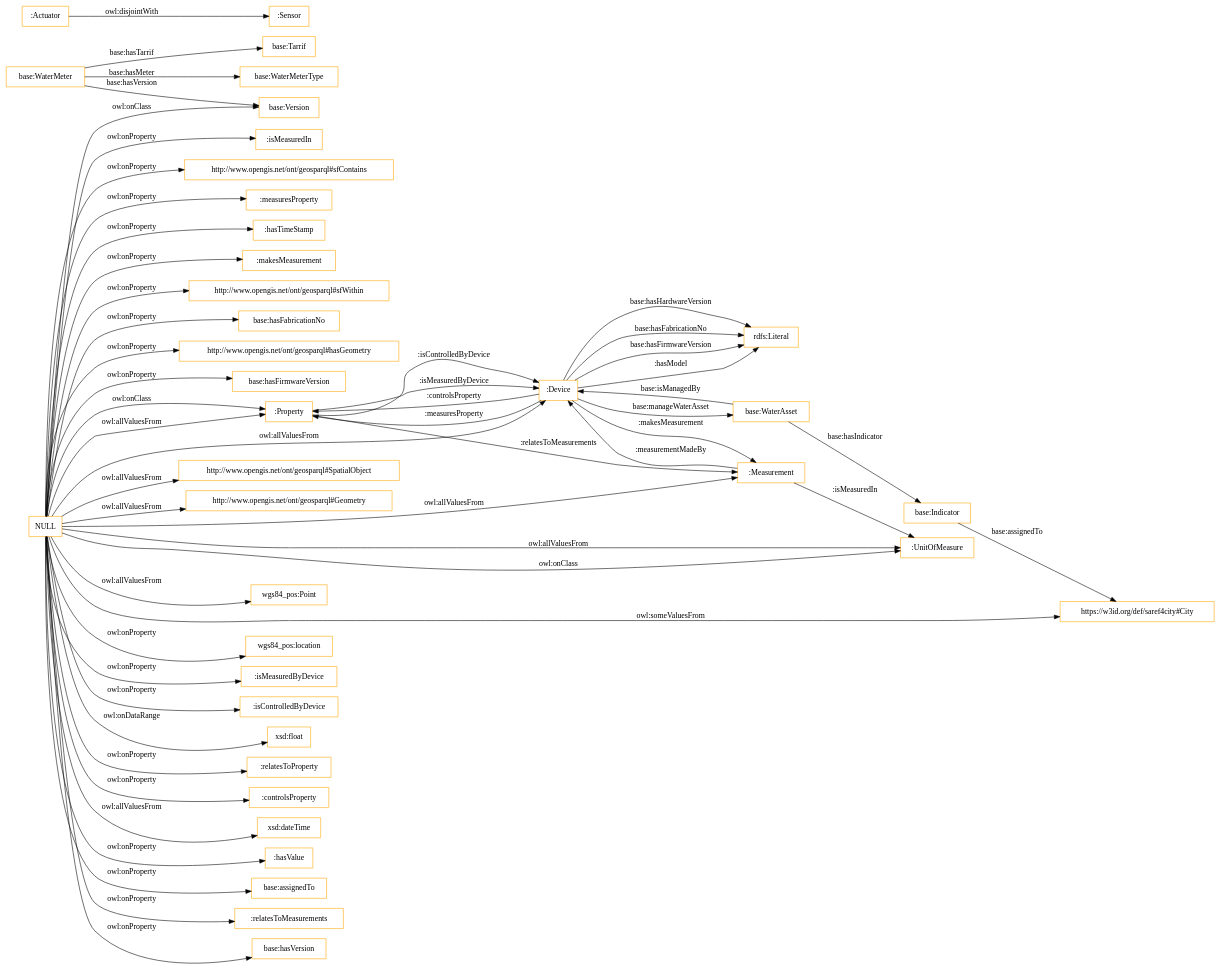
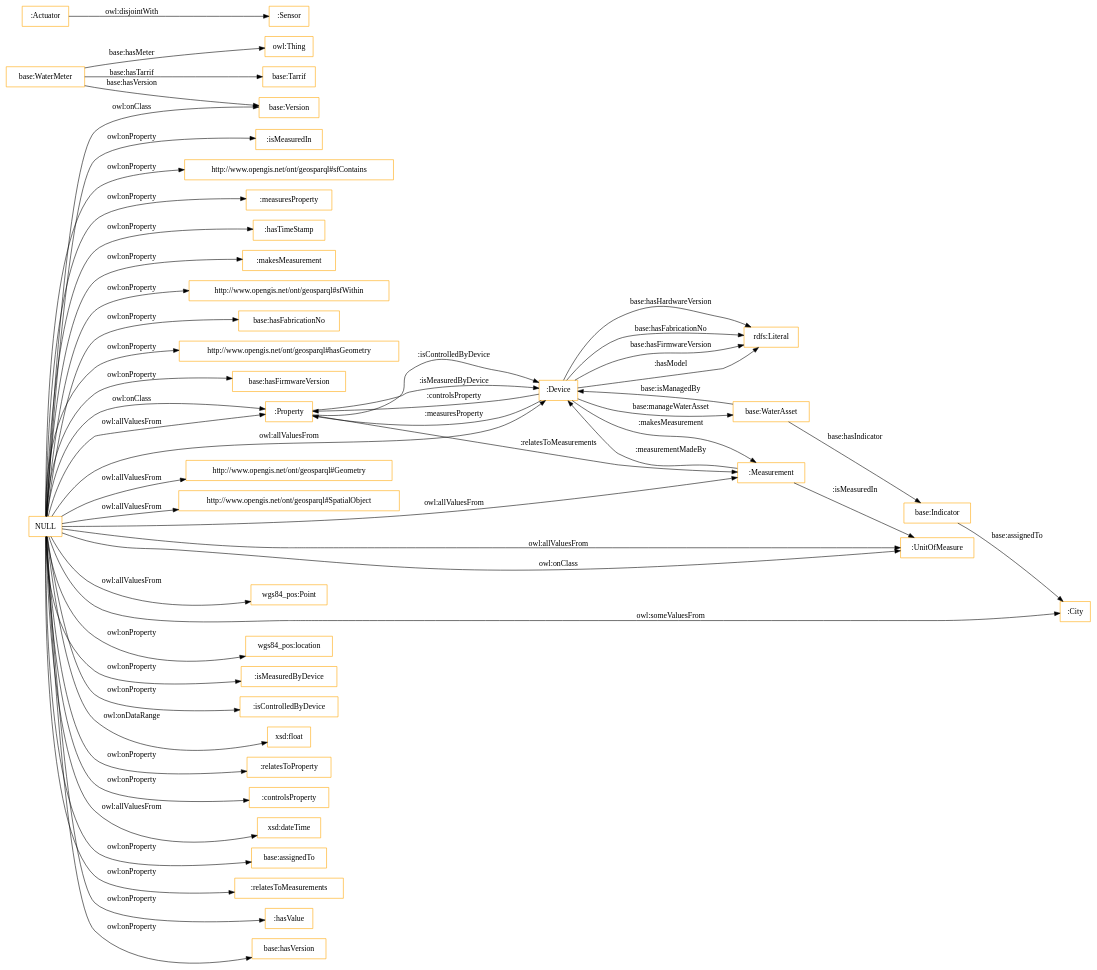
The diagram in OnToology/S4Water.owl/diagrams/ar2dtool-class/S4Water.owl.png.dot (tiwari2019/S4WATR-1), drawn with Graphviz before and after one commit. The commit also changed 13 other files, not shown here.

```diff
--- a/OnToology/S4Water.owl/diagrams/ar2dtool-class/S4Water.owl.png.dot
+++ b/OnToology/S4Water.owl/diagrams/ar2dtool-class/S4Water.owl.png.dot
@@ -1,57 +1,57 @@
 digraph ar2dtool_diagram { 
 rankdir=LR;
 size="1501"
-node [shape = rectangle, color="orange"]; "base:Version" ":Property" "base:WaterMeterType" "base:WaterAsset" ":Sensor" "base:WaterMeter" ":Device" "base:Indicator" "http://www.opengis.net/ont/geosparql#SpatialObject" "http://www.opengis.net/ont/geosparql#Geometry" ":UnitOfMeasure" "https://w3id.org/def/saref4city#City" "base:Tarrif" "wgs84_pos:Point" ":Measurement" ":Actuator" ; /*classes style*/
+node [shape = rectangle, color="orange"]; "base:Version" ":Property" "base:WaterAsset" ":Sensor" "base:WaterMeter" ":Device" "base:Indicator" "http://www.opengis.net/ont/geosparql#Geometry" "http://www.opengis.net/ont/geosparql#SpatialObject" ":UnitOfMeasure" ":City" "base:Tarrif" "wgs84_pos:Point" ":Measurement" ":Actuator" ; /*classes style*/
 	"NULL" -> "wgs84_pos:location" [ label = "owl:onProperty" ];
 	"NULL" -> "wgs84_pos:Point" [ label = "owl:allValuesFrom" ];
 	"NULL" -> ":isMeasuredByDevice" [ label = "owl:onProperty" ];
 	"NULL" -> ":isControlledByDevice" [ label = "owl:onProperty" ];
 	"NULL" -> ":Measurement" [ label = "owl:allValuesFrom" ];
 	"NULL" -> "xsd:float" [ label = "owl:onDataRange" ];
 	"NULL" -> "http://www.opengis.net/ont/geosparql#Geometry" [ label = "owl:allValuesFrom" ];
 	"NULL" -> ":relatesToProperty" [ label = "owl:onProperty" ];
 	"NULL" -> ":controlsProperty" [ label = "owl:onProperty" ];
-	"NULL" -> "https://w3id.org/def/saref4city#City" [ label = "owl:someValuesFrom" ];
+	"NULL" -> ":City" [ label = "owl:someValuesFrom" ];
 	"NULL" -> "xsd:dateTime" [ label = "owl:allValuesFrom" ];
 	"NULL" -> "base:Version" [ label = "owl:onClass" ];
-	"NULL" -> ":hasValue" [ label = "owl:onProperty" ];
 	"NULL" -> "base:assignedTo" [ label = "owl:onProperty" ];
+	"NULL" -> ":Property" [ label = "owl:onClass" ];
 	"NULL" -> ":relatesToMeasurements" [ label = "owl:onProperty" ];
 	"NULL" -> "http://www.opengis.net/ont/geosparql#SpatialObject" [ label = "owl:allValuesFrom" ];
-	"NULL" -> ":Property" [ label = "owl:onClass" ];
+	"NULL" -> ":hasValue" [ label = "owl:onProperty" ];
 	"NULL" -> "base:hasVersion" [ label = "owl:onProperty" ];
 	"NULL" -> ":UnitOfMeasure" [ label = "owl:allValuesFrom" ];
 	"NULL" -> ":UnitOfMeasure" [ label = "owl:onClass" ];
 	"NULL" -> ":isMeasuredIn" [ label = "owl:onProperty" ];
 	"NULL" -> "http://www.opengis.net/ont/geosparql#sfContains" [ label = "owl:onProperty" ];
 	"NULL" -> ":measuresProperty" [ label = "owl:onProperty" ];
 	"NULL" -> ":hasTimeStamp" [ label = "owl:onProperty" ];
 	"NULL" -> ":makesMeasurement" [ label = "owl:onProperty" ];
 	"NULL" -> "http://www.opengis.net/ont/geosparql#sfWithin" [ label = "owl:onProperty" ];
 	"NULL" -> "base:hasFabricationNo" [ label = "owl:onProperty" ];
 	"NULL" -> ":Property" [ label = "owl:allValuesFrom" ];
 	"NULL" -> "http://www.opengis.net/ont/geosparql#hasGeometry" [ label = "owl:onProperty" ];
 	"NULL" -> ":Device" [ label = "owl:allValuesFrom" ];
 	"NULL" -> "base:hasFirmwareVersion" [ label = "owl:onProperty" ];
 	":Actuator" -> ":Sensor" [ label = "owl:disjointWith" ];
-	"base:Indicator" -> "https://w3id.org/def/saref4city#City" [ label = "base:assignedTo" ];
+	"base:Indicator" -> ":City" [ label = "base:assignedTo" ];
 	":Measurement" -> ":Device" [ label = ":measurementMadeBy" ];
 	":Device" -> "base:WaterAsset" [ label = "base:manageWaterAsset" ];
 	":Device" -> "rdfs:Literal" [ label = ":hasModel" ];
 	":Property" -> ":Device" [ label = ":isControlledByDevice" ];
 	":Device" -> "rdfs:Literal" [ label = "base:hasHardwareVersion" ];
 	"base:WaterMeter" -> "base:Version" [ label = "base:hasVersion" ];
 	":Property" -> ":Measurement" [ label = ":relatesToMeasurements" ];
 	":Device" -> ":Measurement" [ label = ":makesMeasurement" ];
 	":Device" -> "rdfs:Literal" [ label = "base:hasFabricationNo" ];
 	":Device" -> "rdfs:Literal" [ label = "base:hasFirmwareVersion" ];
 	":Device" -> ":Property" [ label = ":controlsProperty" ];
 	"base:WaterAsset" -> ":Device" [ label = "base:isManagedBy" ];
 	"base:WaterAsset" -> "base:Indicator" [ label = "base:hasIndicator" ];
 	":Property" -> ":Device" [ label = ":isMeasuredByDevice" ];
 	"base:WaterMeter" -> "base:Tarrif" [ label = "base:hasTarrif" ];
-	"base:WaterMeter" -> "base:WaterMeterType" [ label = "base:hasMeter" ];
+	"base:WaterMeter" -> "owl:Thing" [ label = "base:hasMeter" ];
 	":Measurement" -> ":UnitOfMeasure" [ label = ":isMeasuredIn" ];
 	":Device" -> ":Property" [ label = ":measuresProperty" ];
 
 }
```
